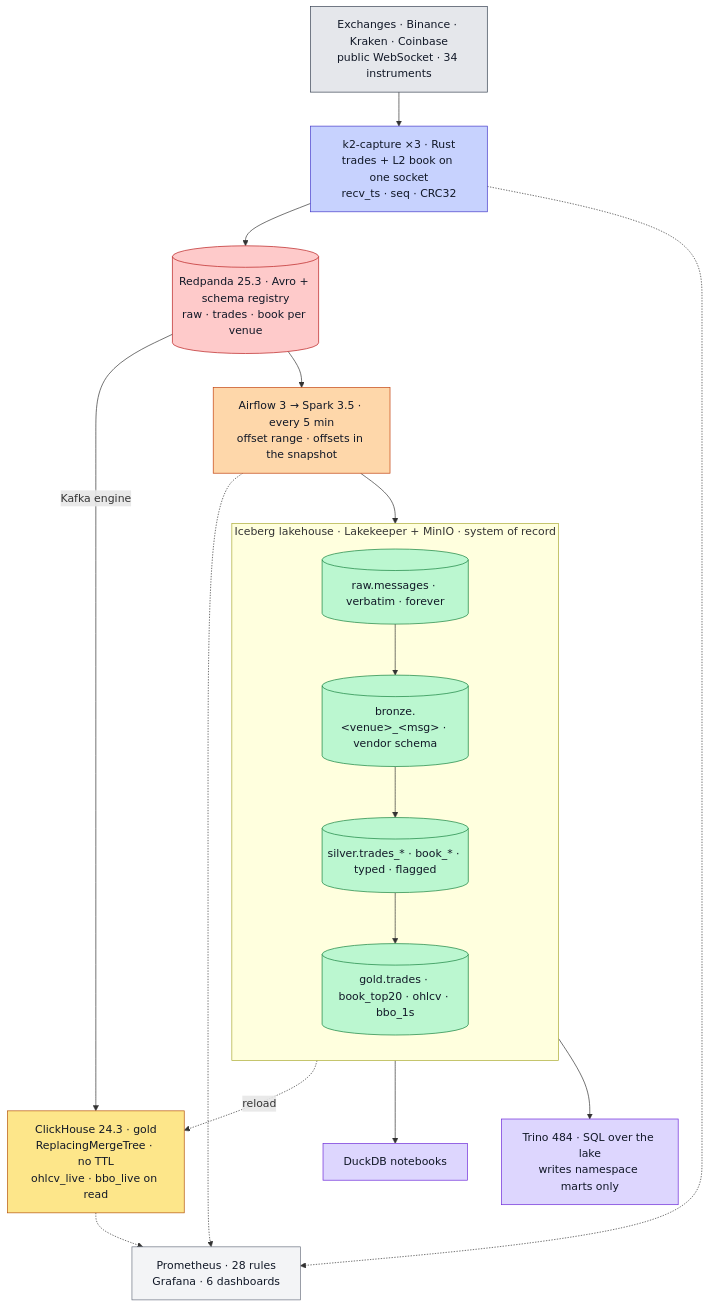
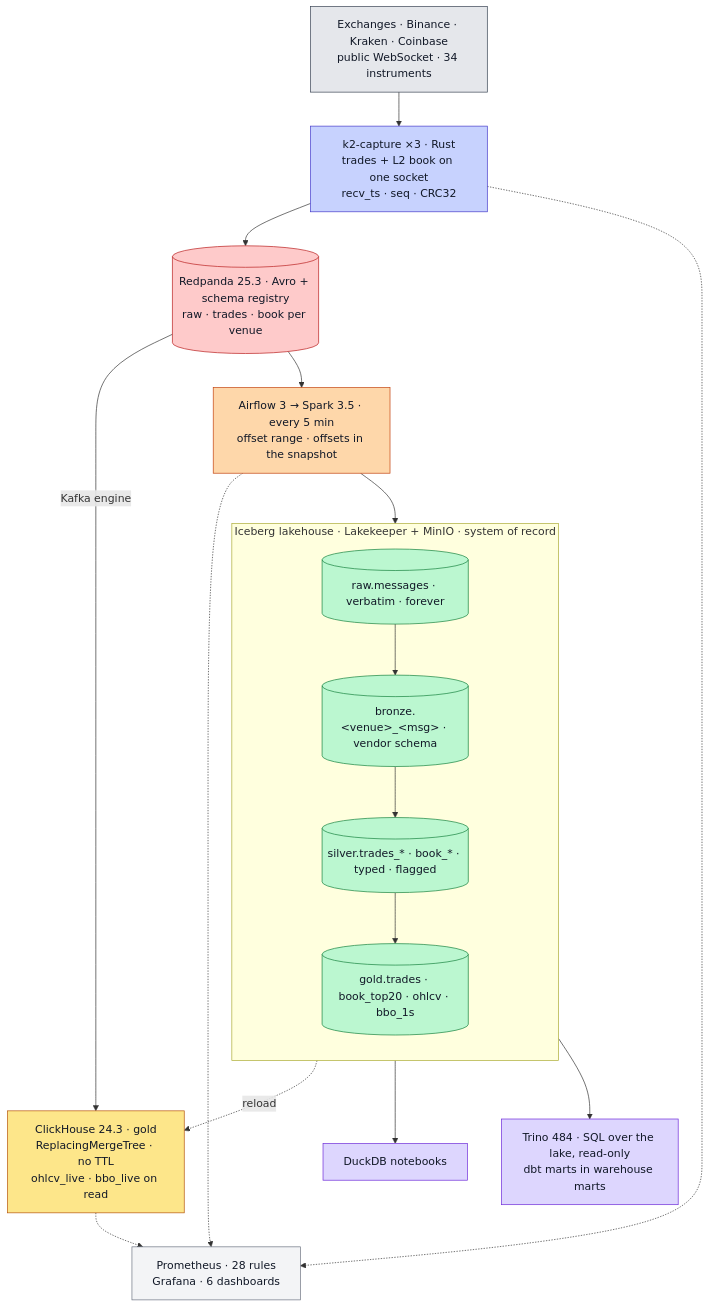
Before and after one commit to rjdscott/k2-market-data-platform: the diagram in README.md, drawn with Mermaid. The commit also changed 7 other files, not shown here.

First line of the commit message:
docs: catalog and warehouse marts in place of namespace marts

````diff
--- a/README.md
+++ b/README.md
@@ -56,36 +56,36 @@
 ```mermaid
 flowchart TB
   E["Exchanges · Binance · Kraken · Coinbase<br/>public WebSocket · 34 instruments"]:::ex
   F["k2-capture ×3 · Rust<br/>trades + L2 book on one socket<br/>recv_ts · seq · CRC32"]:::rs
   R[("Redpanda 25.3 · Avro + schema registry<br/>raw · trades · book per venue")]:::rp
   C["ClickHouse 24.3 · gold<br/>ReplacingMergeTree · no TTL<br/>ohlcv_live · bbo_live on read"]:::ch
   S["Airflow 3 → Spark 3.5 · every 5 min<br/>offset range · offsets in the snapshot"]:::sp
   subgraph L["Iceberg lakehouse · Lakekeeper + MinIO · system of record"]
     direction TB
     RAW[("raw.messages · verbatim · forever")]:::lk
     BR[("bronze.&lt;venue&gt;_&lt;msg&gt; · vendor schema")]:::lk
     SV[("silver.trades_* · book_* · typed · flagged")]:::lk
     GD[("gold.trades · book_top20 · ohlcv · bbo_1s")]:::lk
     RAW --> BR --> SV --> GD
   end
   N["DuckDB notebooks"]:::nb
-  T["Trino 484 · SQL over the lake<br/>writes namespace marts only"]:::nb
+  T["Trino 484 · SQL over the lake, read-only<br/>dbt marts in warehouse marts"]:::nb
   O["Prometheus · 28 rules<br/>Grafana · 6 dashboards"]:::ob
 
   E --> F --> R
   R -->|Kafka engine| C
   R --> S --> RAW
   GD -.->|reload| C
   GD --> N
   L --> T
   F & S & C -.-> O
 
   classDef ex fill:#e5e7eb,stroke:#374151,color:#111827
   classDef rs fill:#c7d2fe,stroke:#4338ca,color:#111827
   classDef rp fill:#fecaca,stroke:#b91c1c,color:#111827
   classDef lk fill:#bbf7d0,stroke:#15803d,color:#111827
   classDef sp fill:#fed7aa,stroke:#c2410c,color:#111827
   classDef ch fill:#fde68a,stroke:#b45309,color:#111827
   classDef nb fill:#ddd6fe,stroke:#6d28d9,color:#111827
   classDef ob fill:#f3f4f6,stroke:#6b7280,color:#111827
 ```
````
